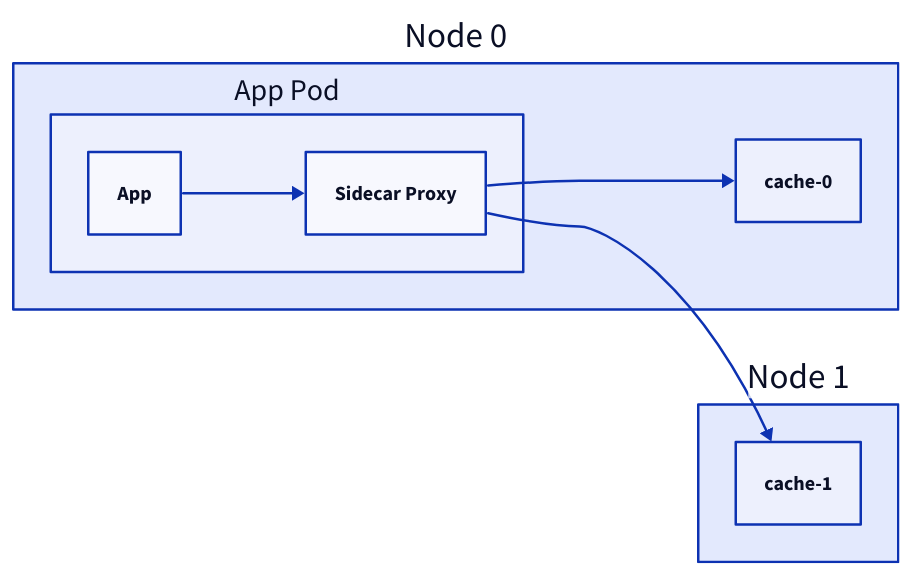
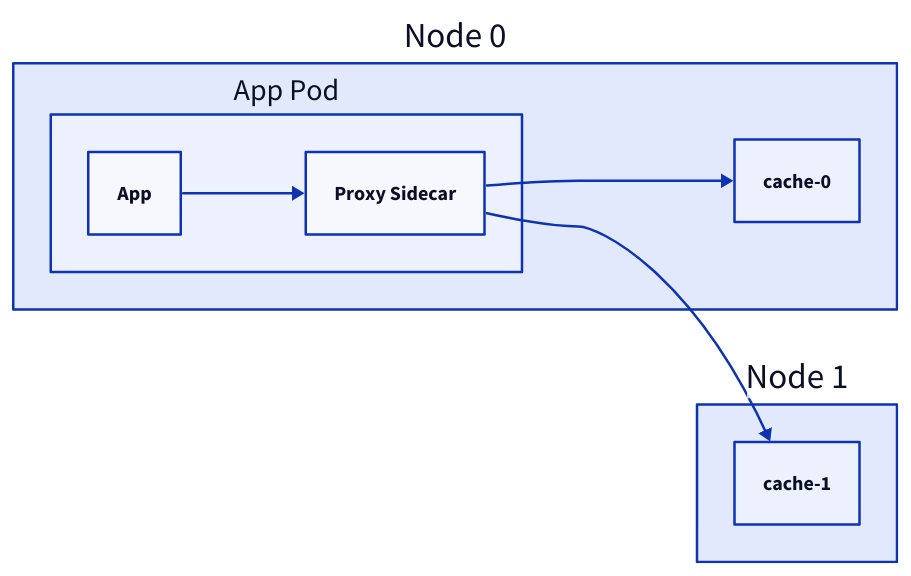
One commit to jack-luke/distributed-memcached changed the diagram in images/proxy-sidecar.d2. Above: the diagram before and after it, drawn with D2. The commit also changed 3 other files, not shown here.

Commit message:
sidecar proxy to proxy sidecar

```diff
--- a/images/proxy-sidecar.d2
+++ b/images/proxy-sidecar.d2
@@ -1,10 +1,10 @@
 direction: right
 
 Node 0 {
     App Pod {
-        App -> Sidecar Proxy
+        App -> Proxy Sidecar
     }
-    App Pod.Sidecar Proxy -> cache-0
+    App Pod.Proxy Sidecar -> cache-0
 }
 
-Node 0.App Pod.Sidecar Proxy -> Node 1.cache-1
+Node 0.App Pod.Proxy Sidecar -> Node 1.cache-1
```
